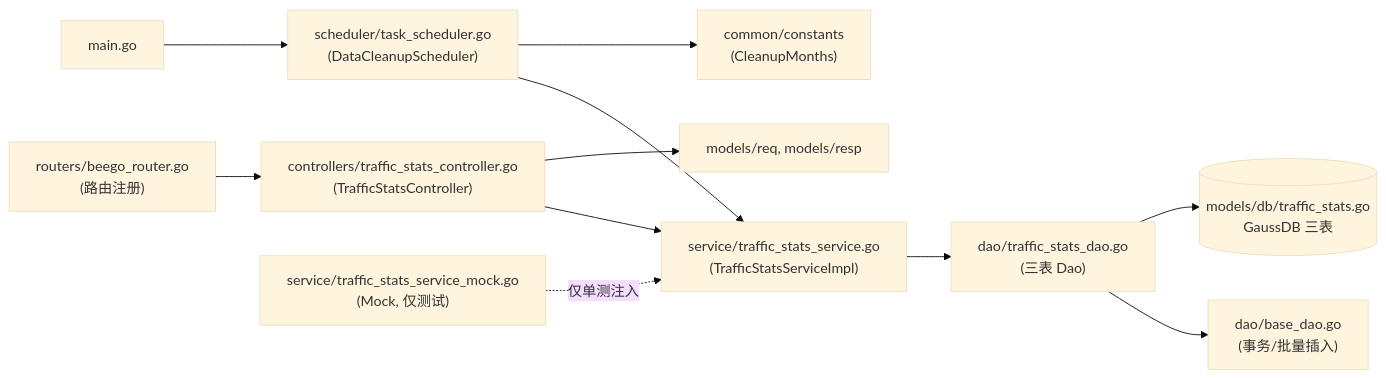
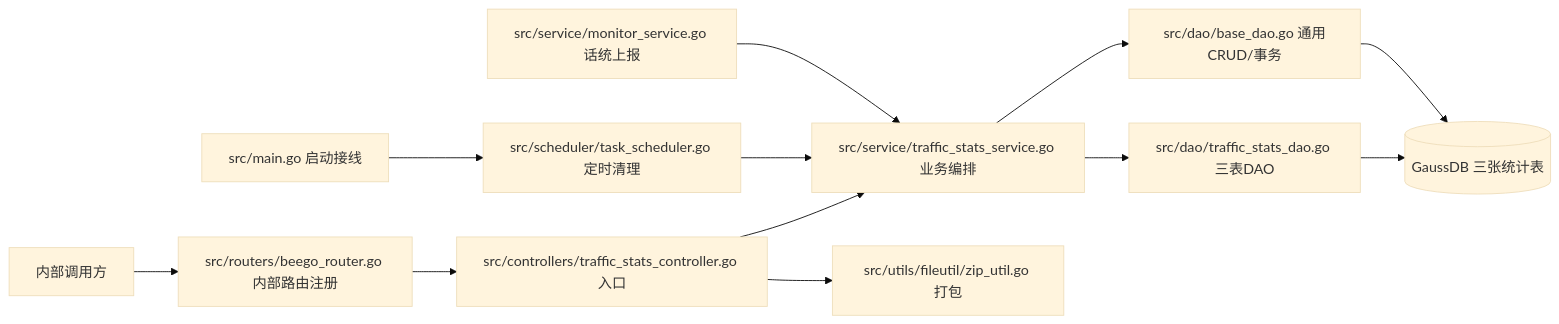
The second of 6 diagrams in docs/story/feature-traffic-stats.md (CoreGeekASTL/AIAction), drawn with Mermaid (base theme) before and after one commit. The commit also changed other lines of this file and 6 other files, not shown here.

````diff
--- a/docs/story/feature-traffic-stats.md
+++ b/docs/story/feature-traffic-stats.md
@@ -82,25 +70,14 @@
 ```mermaid
 graph LR
-    main["main.go"]
-    router["routers/beego_router.go<br/>(路由注册)"]
-    ctrl["controllers/traffic_stats_controller.go<br/>(TrafficStatsController)"]
-    sched["scheduler/task_scheduler.go<br/>(DataCleanupScheduler)"]
-    svc["service/traffic_stats_service.go<br/>(TrafficStatsServiceImpl)"]
-    mock["service/traffic_stats_service_mock.go<br/>(Mock, 仅测试)"]
-    dao["dao/traffic_stats_dao.go<br/>(三表 Dao)"]
-    basedao["dao/base_dao.go<br/>(事务/批量插入)"]
-    db[("models/db/traffic_stats.go<br/>GaussDB 三表")]
-    req["models/req, models/resp"]
-    consts["common/constants<br/>(CleanupMonths)"]
-
-    main --> sched
-    router --> ctrl
-    ctrl --> svc
-    ctrl --> req
-    sched --> svc
-    sched --> consts
-    svc --> dao
-    dao --> basedao
-    dao --> db
-    mock -.仅单测注入.-> svc
+  Client[内部调用方] --> Router[src/routers/beego_router.go 内部路由注册]
+  Router --> Ctrl[src/controllers/traffic_stats_controller.go 入口]
+  Ctrl --> Svc[src/service/traffic_stats_service.go 业务编排]
+  Ctrl --> Zip[src/utils/fileutil/zip_util.go 打包]
+  Svc --> Dao[src/dao/traffic_stats_dao.go 三表DAO]
+  Svc --> Base[src/dao/base_dao.go 通用CRUD/事务]
+  Dao --> DB[(GaussDB 三张统计表)]
+  Base --> DB
+  Sch[src/scheduler/task_scheduler.go 定时清理] --> Svc
+  Main[src/main.go 启动接线] --> Sch
+  Mon[src/service/monitor_service.go 话统上报] --> Svc
 ```
````
